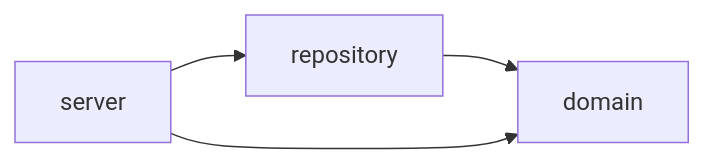
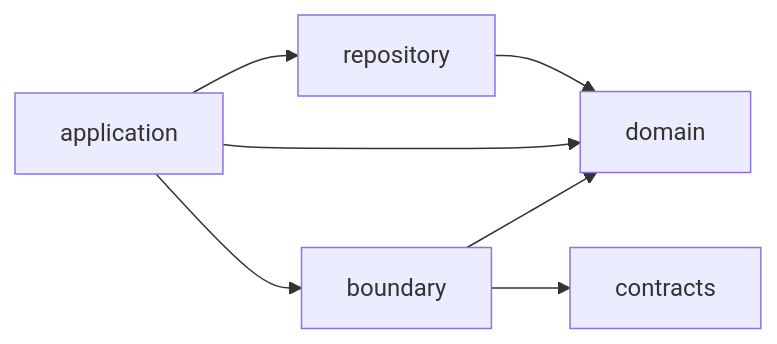
One commit to adesso-austria/workshop-architectures-love-js changed the first of 3 diagrams in docs/Backend Architecture.md. Above: the diagram before and after it, drawn with Mermaid.

Commit message:
feat(docs): backend architecture

````diff
--- a/docs/Backend Architecture.md
+++ b/docs/Backend Architecture.md
@@ -1,6 +1,6 @@
 ```mermaid
 flowchart LR
 repository-->domain
-server-->domain
-server-->repository
+application-->domain & repository & boundary
+boundary-->domain & contracts
 ```
````
